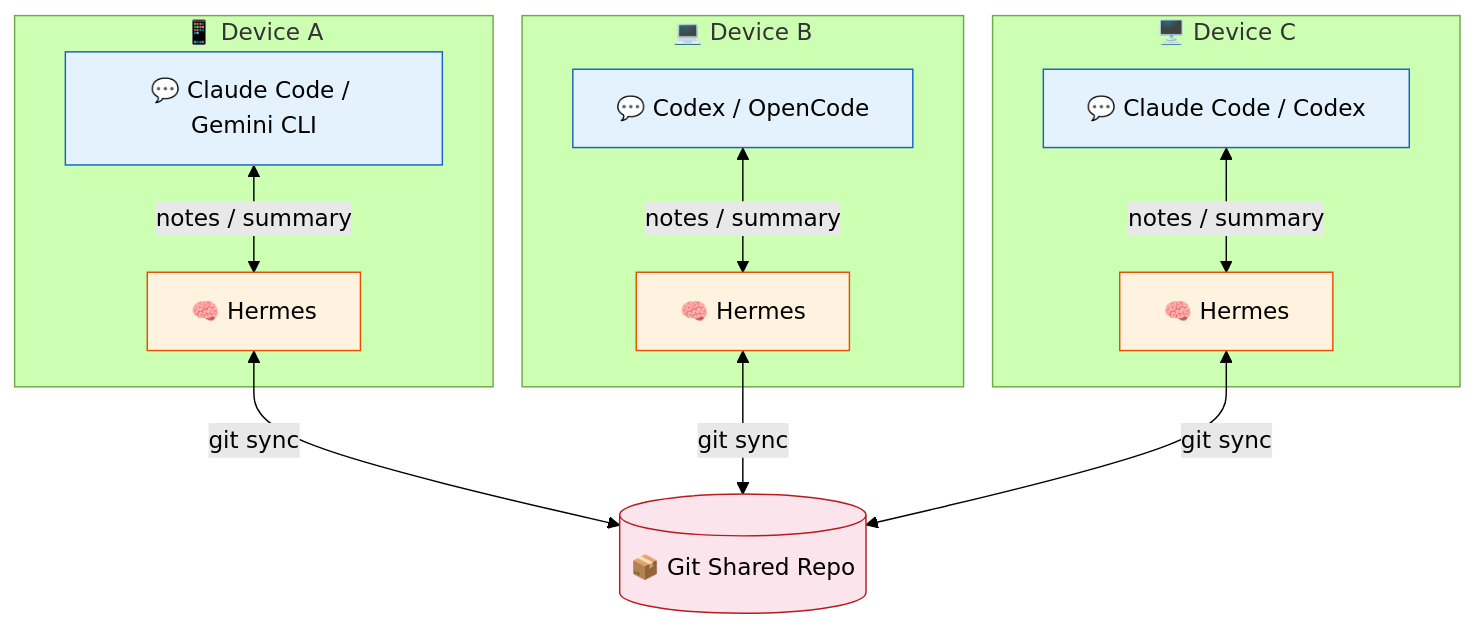
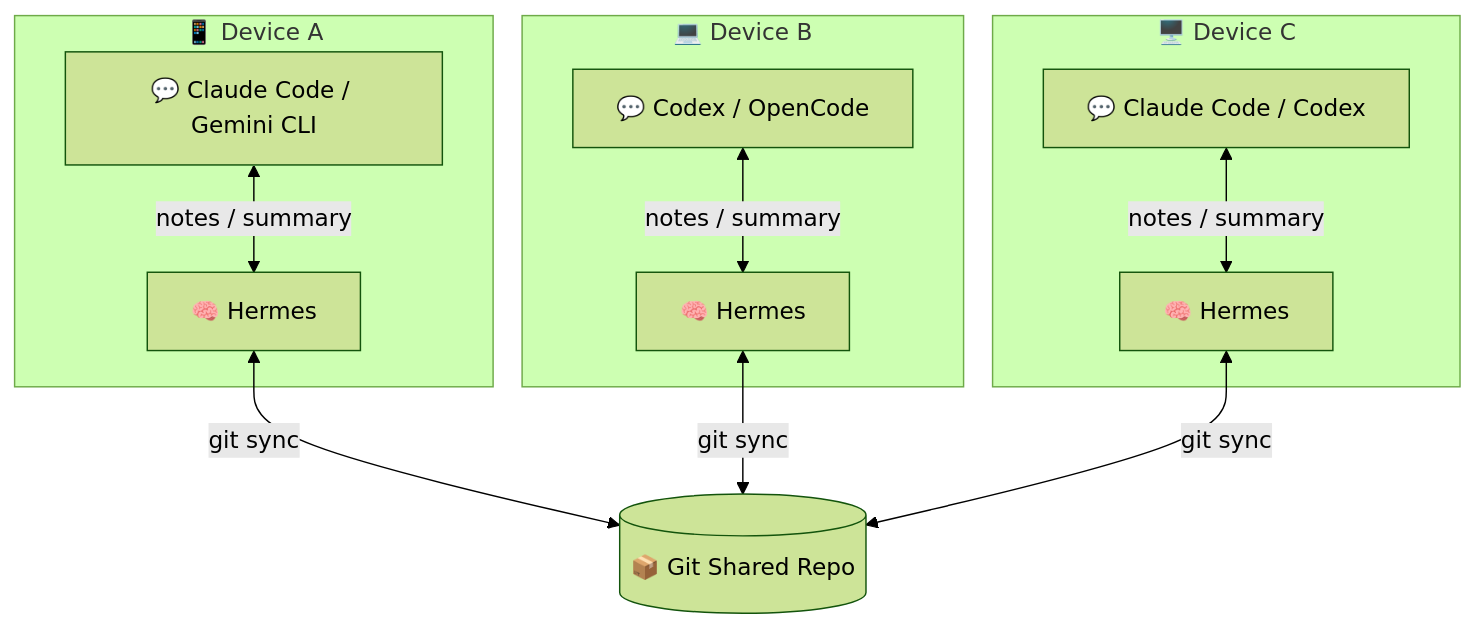
Before and after one commit to atsyty/CortexNexus: the first of 3 diagrams in README.md, drawn with Mermaid (forest theme). The commit also changed other lines of this file, not shown here.

Commit message:
docs: remove orphaned classDef styling from architecture diagram
Remove leftover CSS class definitions outside the mermaid block
and unsupported classDef directives inside it that were rendering
as plain text on GitHub.

````diff
--- a/README.md
+++ b/README.md
@@ -48,33 +48,26 @@
 ```mermaid
 graph TD
     G[("📦 Git Shared Repo")]
 
     subgraph A["📱 Device A"]
         TA["💬 Claude Code / Gemini CLI"]
         HA["🧠 Hermes"]
         TA <-->|notes / summary| HA
     end
 
     subgraph B["💻 Device B"]
         TB["💬 Codex / OpenCode"]
         HB["🧠 Hermes"]
         TB <-->|notes / summary| HB
     end
 
     subgraph C["🖥️ Device C"]
         TC["💬 Claude Code / Codex"]
         HC["🧠 Hermes"]
         TC <-->|notes / summary| HC
     end
 
     HA <-->|git sync| G
     HB <-->|git sync| G
     HC <-->|git sync| G
-
-    classDef tools fill:#e3f2fd,stroke:#1565c0,color:#000
-    classDef engine fill:#fff3e0,stroke:#e65100,color:#000
-    classDef git fill:#fce4ec,stroke:#b71c1c,color:#000
-    class TA,TB,TC tools
-    class HA,HB,HC engine
-    class G git
 ```
````
